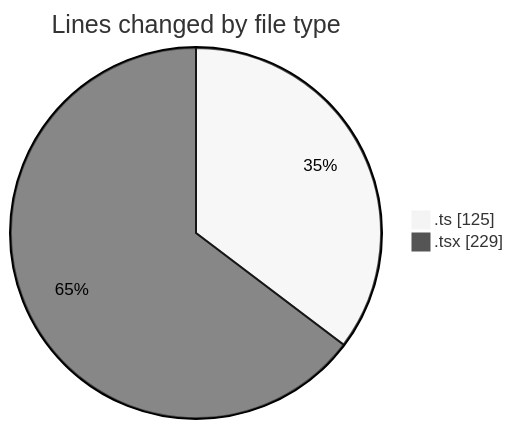
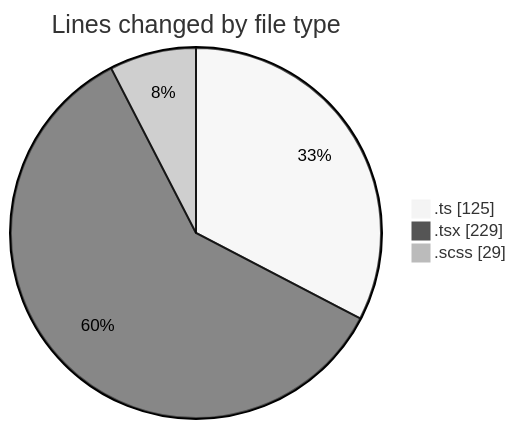
One commit to momahboobian/code-tracking changed the first of 2 diagrams in 2026-03-18/cda/README.md. Above: the diagram before and after it, drawn with Mermaid (neutral theme). The commit also changed other lines of this file and 1 other file, not shown here.

````diff
--- a/2026-03-18/cda/README.md
+++ b/2026-03-18/cda/README.md
@@ -22,6 +23,7 @@
 ```mermaid
 pie showData
 title Lines changed by file type
 ".ts" : 125
 ".tsx" : 229
+".scss" : 29
 ```
````
